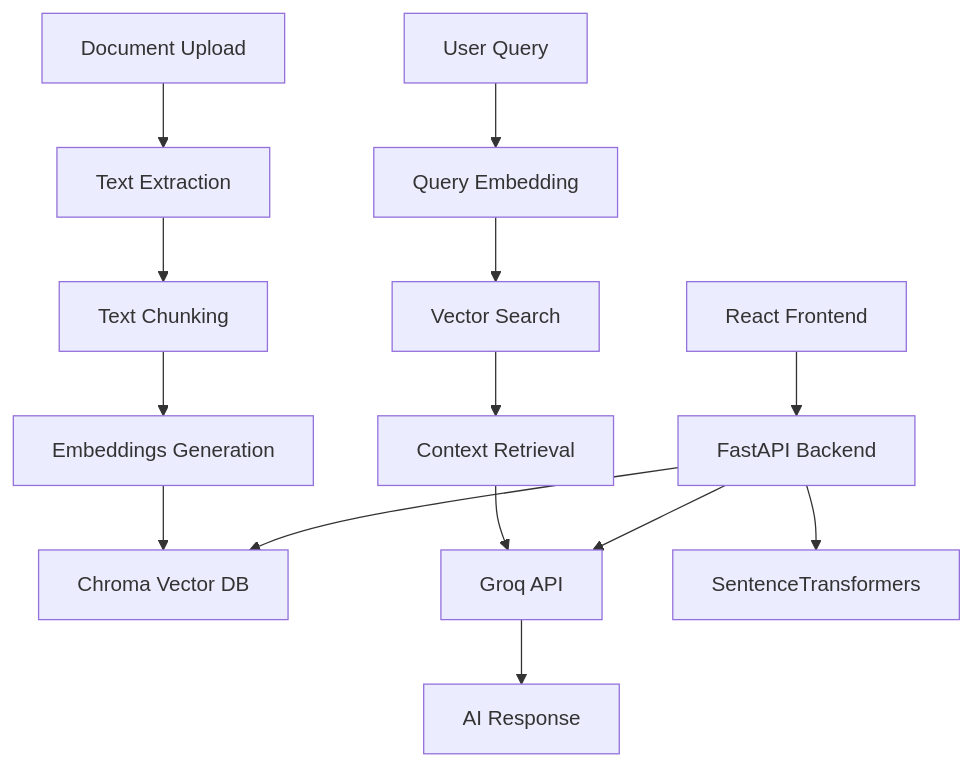
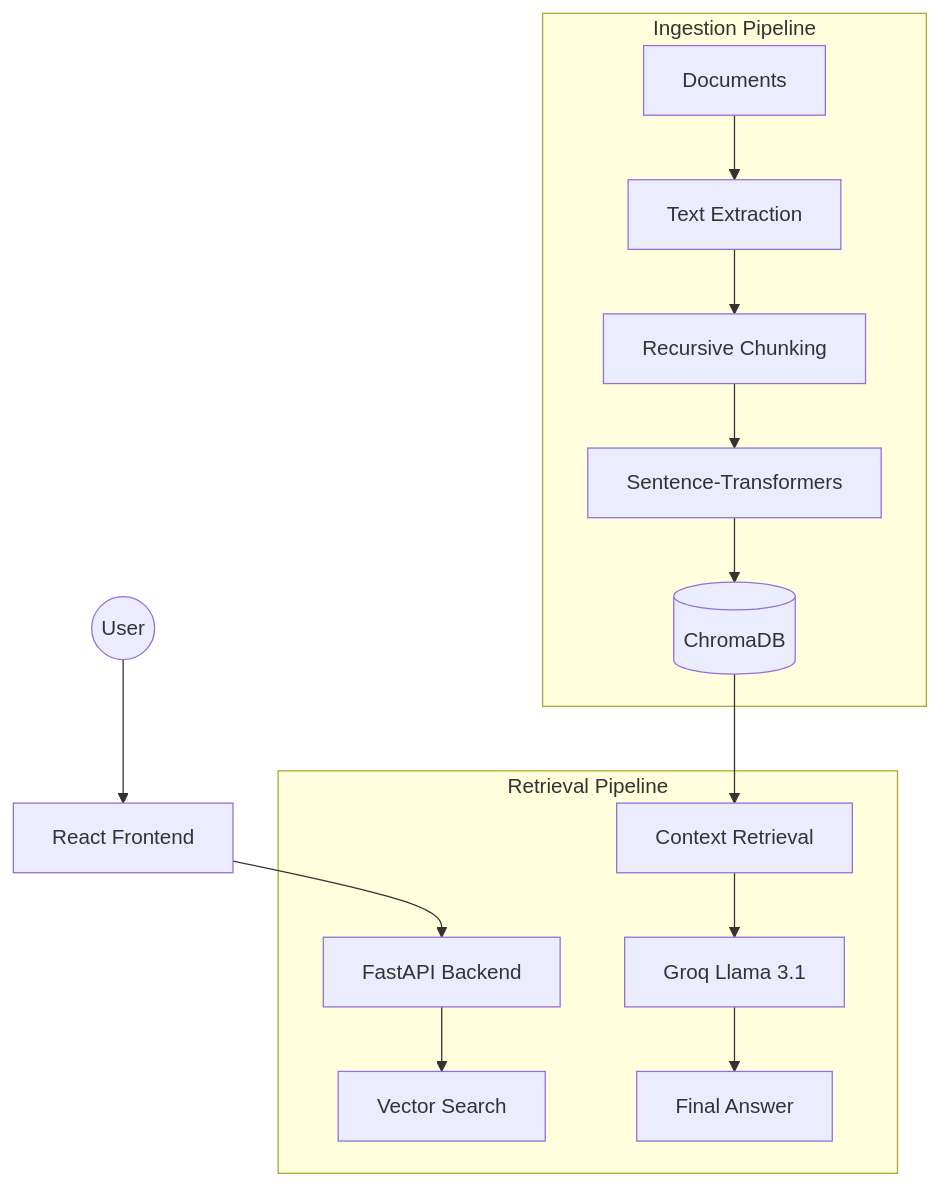
Before and after one commit to daudx/DOCUMIND-V2: the diagram in README.md, drawn with Mermaid. The commit also changed other lines of this file and 3 other files, not shown here.

Commit message:
style: final UI polish and backend metadata update

````diff
--- a/README.md
+++ b/README.md
@@ -34,18 +27,19 @@
 ```mermaid
-graph TB
-    A[React Frontend] --> B[FastAPI Backend]
-    B --> C[Chroma Vector DB]
-    B --> D[Groq API]
-    B --> E[SentenceTransformers]
-
-    F[Document Upload] --> G[Text Extraction]
-    G --> H[Text Chunking]
-    H --> I[Embeddings Generation]
-    I --> C
-
-    J[User Query] --> K[Query Embedding]
-    K --> L[Vector Search]
-    L --> M[Context Retrieval]
-    M --> D
-    D --> N[AI Response]
+graph TD
+    User((User)) --> UI[React Frontend]
+    UI --> API[FastAPI Backend]
+    
+    subgraph "Ingestion Pipeline"
+        Docs[Documents] --> Extract[Text Extraction]
+        Extract --> Chunk[Recursive Chunking]
+        Chunk --> Embed[Sentence-Transformers]
+        Embed --> VectorStore[(ChromaDB)]
+    end
+    
+    subgraph "Retrieval Pipeline"
+        API --> Search[Vector Search]
+        VectorStore --> Context[Context Retrieval]
+        Context --> LLM[Groq Llama 3.1]
+        LLM --> Response[Final Answer]
+    end
 ```
````
